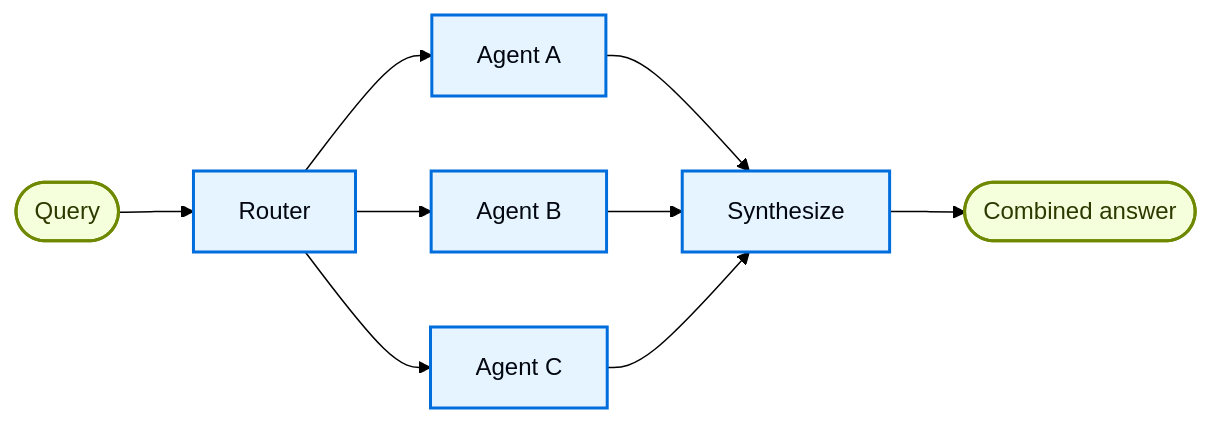
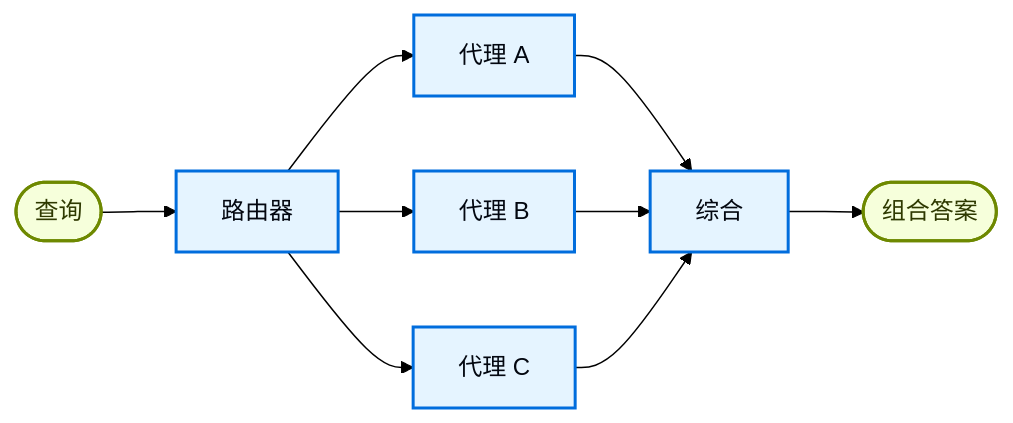
The diagram in oss/python/langchain/multi-agent/router.mdx (kunfan96/cndocs-langchain), drawn with Mermaid (forest theme) before and after one commit. The commit also changed other lines of this file and 2498 other files, not shown here.

````diff
--- a/oss/python/langchain/multi-agent/router.mdx
+++ b/oss/python/langchain/multi-agent/router.mdx
@@ -7,17 +7,17 @@
 ```mermaid
 graph LR
-    A([Query]) --> B[Router]
-    B --> C[Agent A]
-    B --> D[Agent B]
-    B --> E[Agent C]
-    C --> F[Synthesize]
+    A([查询]) --> B[路由器]
+    B --> C[代理 A]
+    B --> D[代理 B]
+    B --> E[代理 C]
+    C --> F[综合]
     D --> F
     E --> F
-    F --> G([Combined answer])
+    F --> G([组合答案])
 
     classDef trigger fill:#F6FFDB,stroke:#6E8900,stroke-width:2px,color:#2E3900
     classDef process fill:#E5F4FF,stroke:#006DDD,stroke-width:2px,color:#030710
 
     class A,G trigger
     class B,C,D,E,F process
 ```
````
